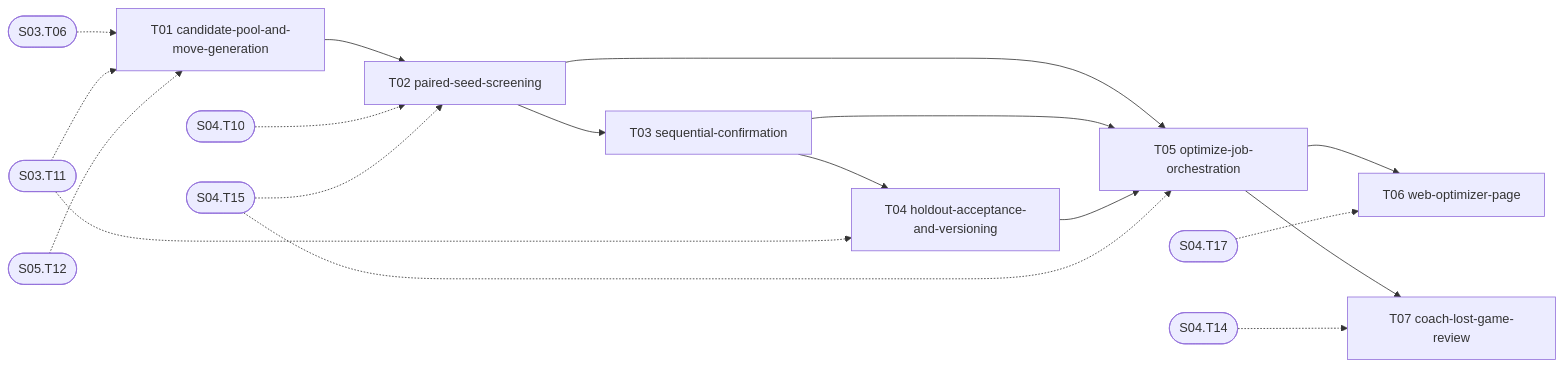
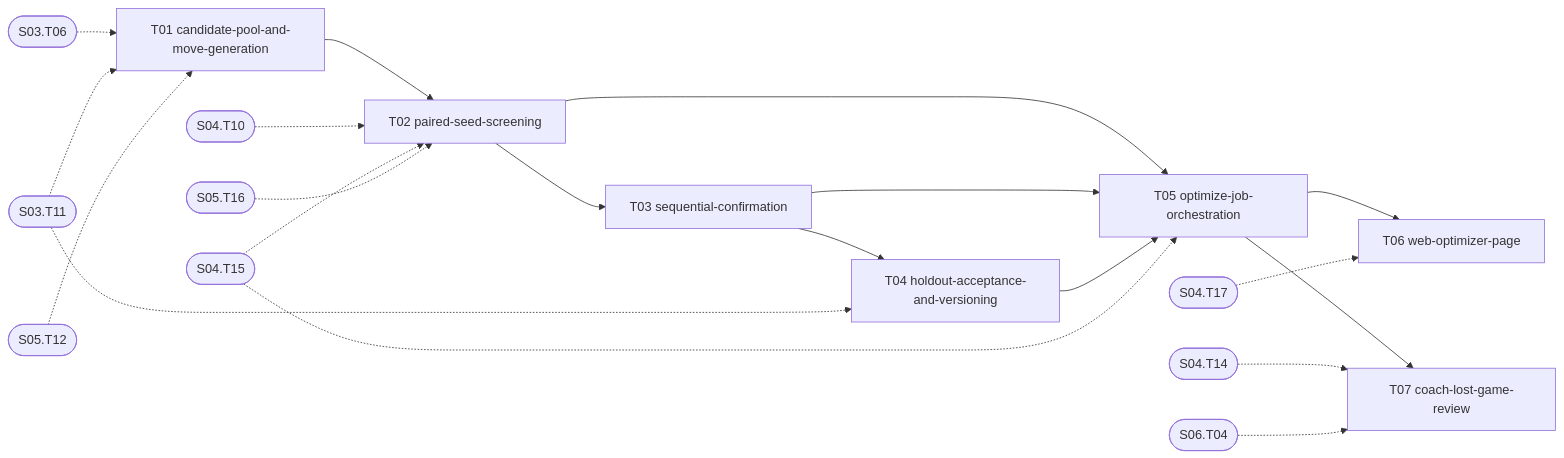
One commit to ManoFardo-PR/pokemon2 changed the diagram in docs/stages/07-deck-optimizer/README.md. Above: the diagram before and after it, drawn with Mermaid. The commit also changed other lines of this file and 16 other files, not shown here.

````diff
--- a/docs/stages/07-deck-optimizer/README.md
+++ b/docs/stages/07-deck-optimizer/README.md
@@ -33,27 +33,29 @@
 ```mermaid
 graph LR
   S07_T01["T01 candidate-pool-and-move-generation"]
   S07_T02["T02 paired-seed-screening"]
   S07_T03["T03 sequential-confirmation"]
   S07_T04["T04 holdout-acceptance-and-versioning"]
   S07_T05["T05 optimize-job-orchestration"]
   S07_T06["T06 web-optimizer-page"]
   S07_T07["T07 coach-lost-game-review"]
   S07_T01 --> S07_T02
   S07_T02 --> S07_T03
   S07_T03 --> S07_T04
   S07_T02 --> S07_T05
   S07_T03 --> S07_T05
   S07_T04 --> S07_T05
   S07_T05 --> S07_T06
   S07_T05 --> S07_T07
   S03_T06(["S03.T06"]) -.-> S07_T01
   S03_T11(["S03.T11"]) -.-> S07_T01
   S05_T12(["S05.T12"]) -.-> S07_T01
   S04_T10(["S04.T10"]) -.-> S07_T02
   S04_T15(["S04.T15"]) -.-> S07_T02
+  S05_T16(["S05.T16"]) -.-> S07_T02
   S03_T11(["S03.T11"]) -.-> S07_T04
   S04_T15(["S04.T15"]) -.-> S07_T05
   S04_T17(["S04.T17"]) -.-> S07_T06
   S04_T14(["S04.T14"]) -.-> S07_T07
+  S06_T04(["S06.T04"]) -.-> S07_T07
 ```
````
